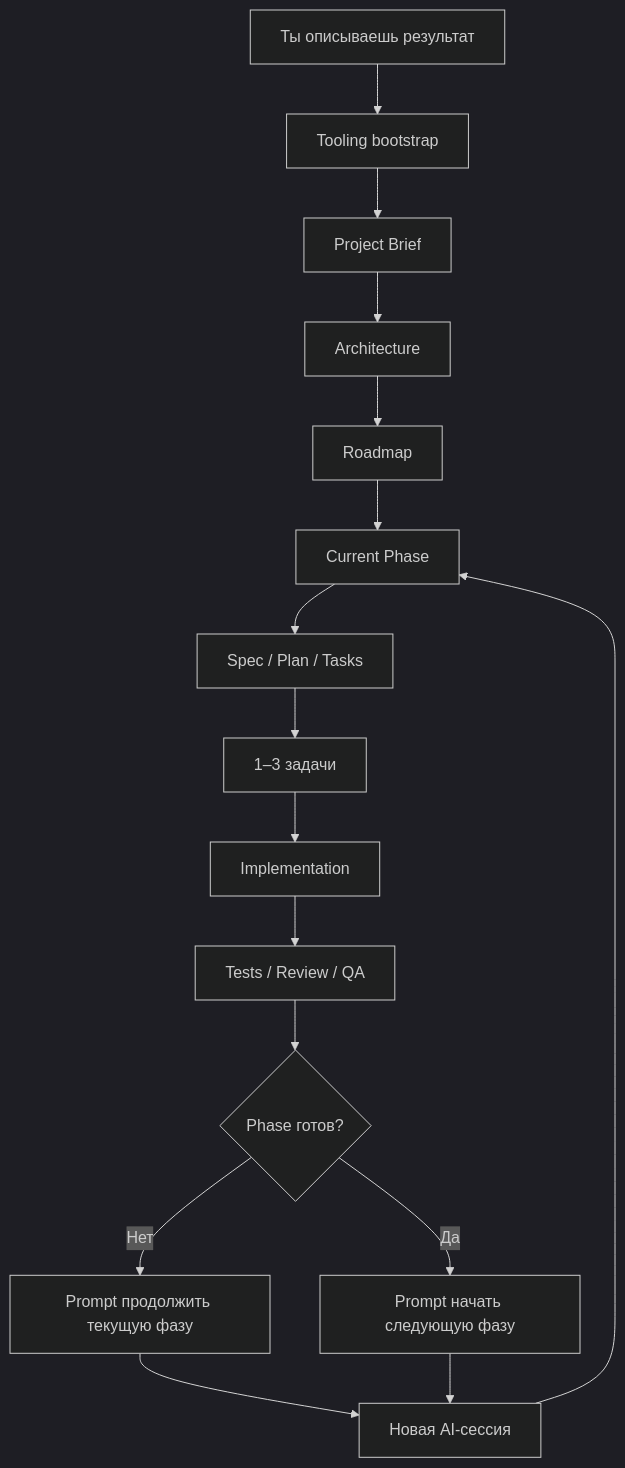
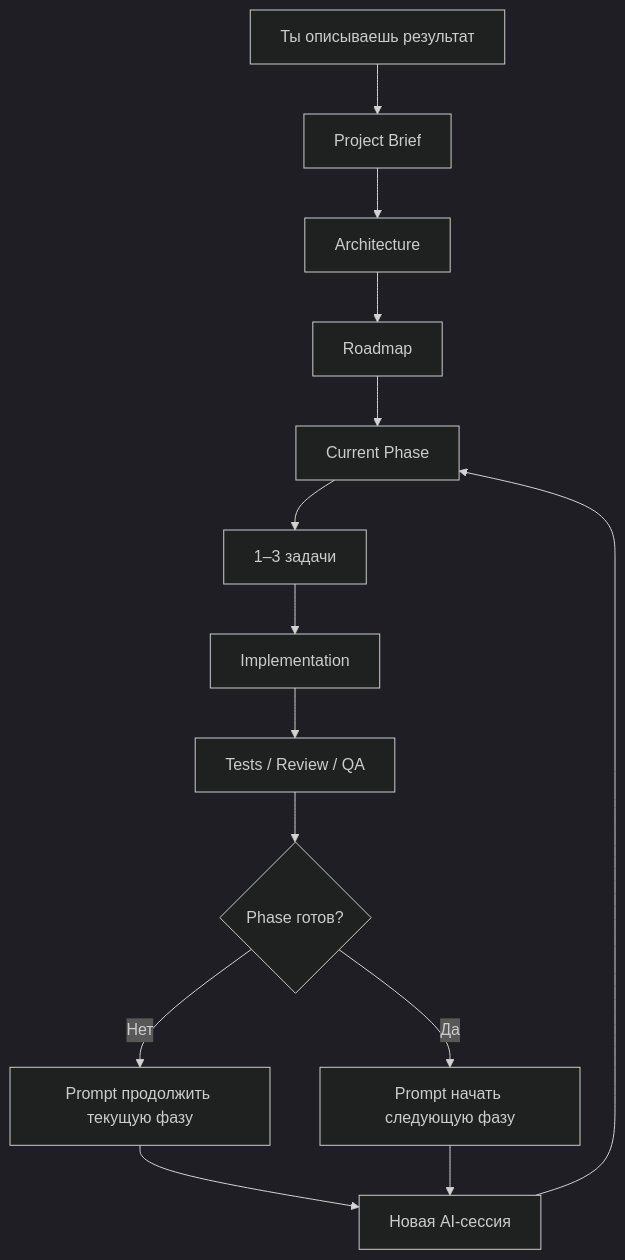
The diagram in README.md (Elguajo/Token-Efficient-Spec-Kit), drawn with Mermaid (dark theme) before and after one commit. The commit also changed other lines of this file, not shown here.

````diff
--- a/README.md
+++ b/README.md
@@ -97,18 +86,16 @@
 ```mermaid
 flowchart TD
-    A[Ты описываешь результат] --> B[Tooling bootstrap]
-    B --> C[Project Brief]
-    C --> D[Architecture]
-    D --> E[Roadmap]
-    E --> F[Current Phase]
-    F --> G[Spec / Plan / Tasks]
-    G --> H[1–3 задачи]
-    H --> I[Implementation]
-    I --> J[Tests / Review / QA]
-    J --> K{Phase готов?}
-    K -- Нет --> L[Prompt продолжить текущую фазу]
-    K -- Да --> M[Prompt начать следующую фазу]
-    L --> N[Новая AI-сессия]
-    M --> N
-    N --> F
+    A[Ты описываешь результат] --> B[Project Brief]
+    B --> C[Architecture]
+    C --> D[Roadmap]
+    D --> E[Current Phase]
+    E --> F[1–3 задачи]
+    F --> G[Implementation]
+    G --> H[Tests / Review / QA]
+    H --> I{Phase готов?}
+    I -- Нет --> J[Prompt продолжить текущую фазу]
+    I -- Да --> K[Prompt начать следующую фазу]
+    J --> L[Новая AI-сессия]
+    K --> L
+    L --> E
 ```
````
